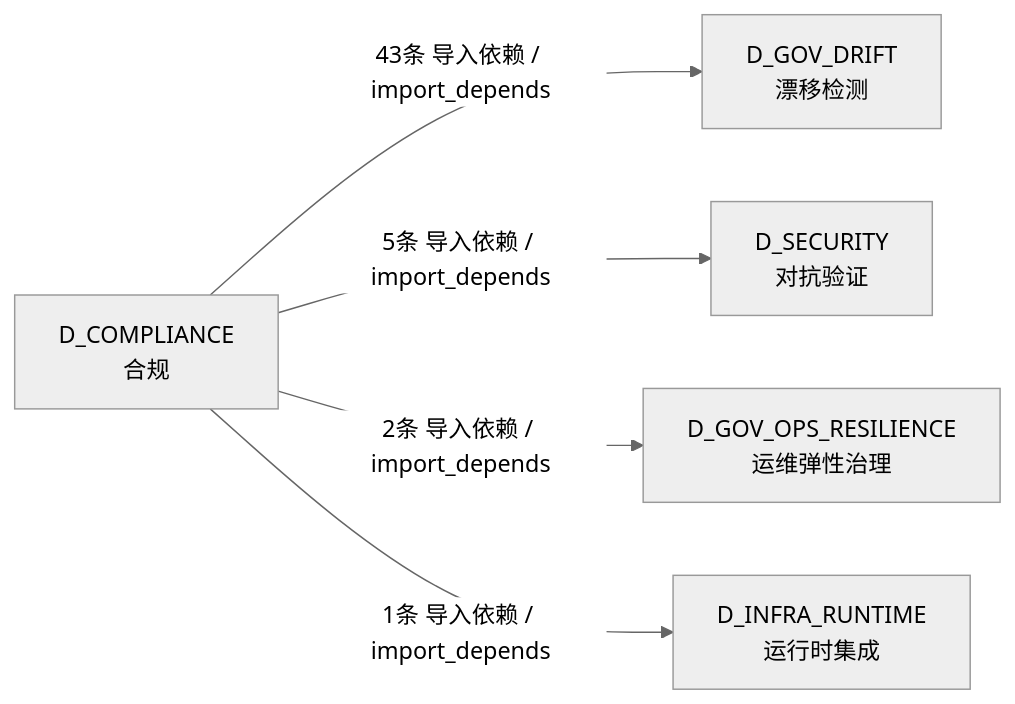
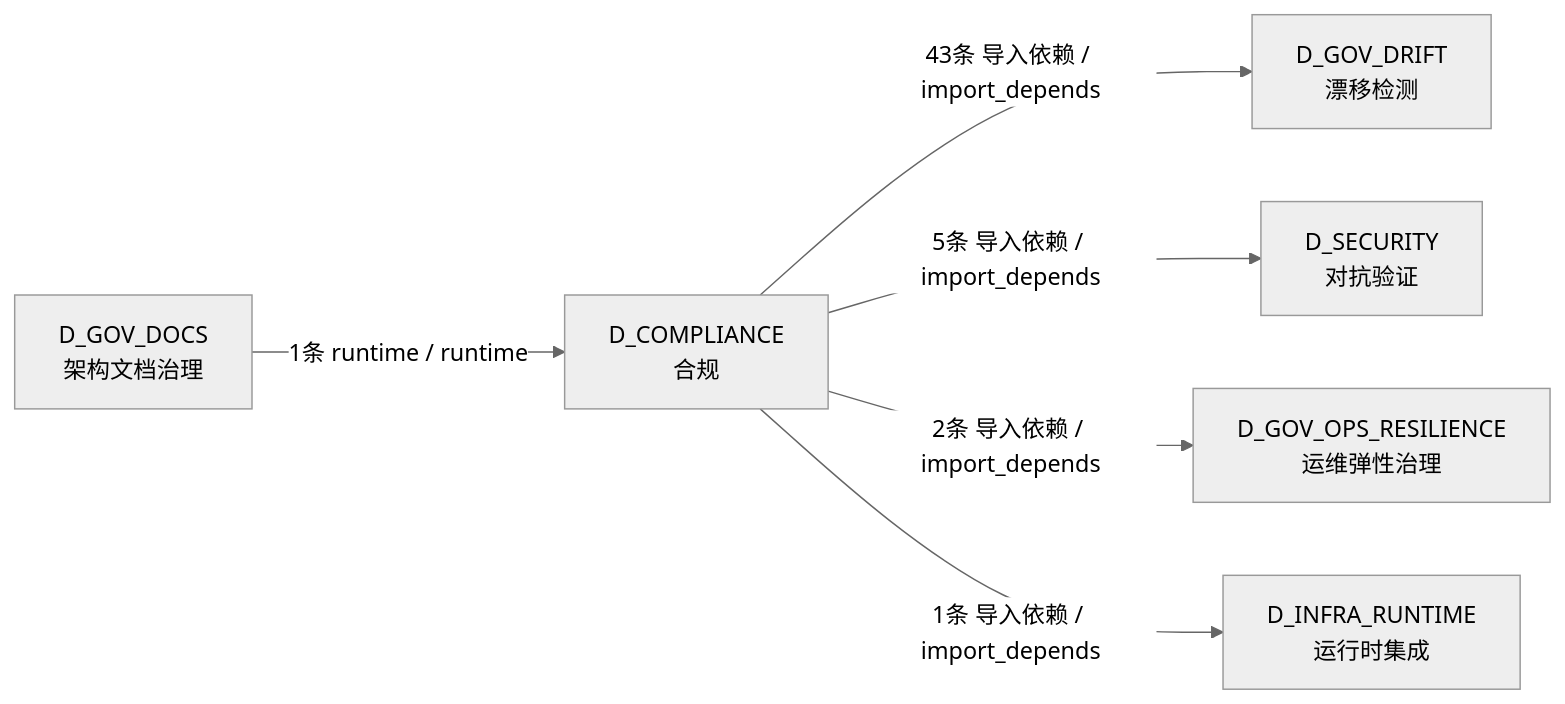
Before and after one commit to xuanFelixVan/ZephyrAlpha: the third of 3 diagrams in docs/02_enterprise_architecture/02_domain_architecture_docs/60_d_compliance.md, drawn with Mermaid (neutral theme). The commit also changed other lines of this file and 80 other files, not shown here.

````diff
--- a/docs/02_enterprise_architecture/02_domain_architecture_docs/60_d_compliance.md
+++ b/docs/02_enterprise_architecture/02_domain_architecture_docs/60_d_compliance.md
@@ -223,12 +231,14 @@
 ```mermaid
 graph LR
     D_COMPLIANCE["D_COMPLIANCE<br/>合规"]
     D_GOV_DRIFT["D_GOV_DRIFT<br/>漂移检测"]
     D_SECURITY["D_SECURITY<br/>对抗验证"]
     D_GOV_OPS_RESILIENCE["D_GOV_OPS_RESILIENCE<br/>运维弹性治理"]
     D_INFRA_RUNTIME["D_INFRA_RUNTIME<br/>运行时集成"]
+    D_GOV_DOCS["D_GOV_DOCS<br/>架构文档治理"]
     D_COMPLIANCE -->|43条 导入依赖 / import_depends| D_GOV_DRIFT
     D_COMPLIANCE -->|5条 导入依赖 / import_depends| D_SECURITY
     D_COMPLIANCE -->|2条 导入依赖 / import_depends| D_GOV_OPS_RESILIENCE
     D_COMPLIANCE -->|1条 导入依赖 / import_depends| D_INFRA_RUNTIME
+    D_GOV_DOCS -->|1条 runtime / runtime| D_COMPLIANCE
 ```
````
